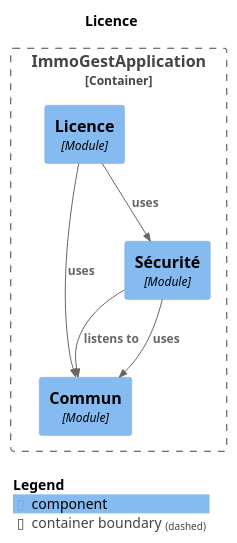
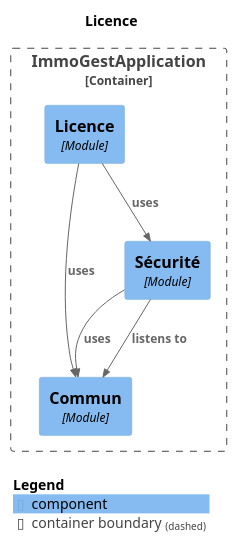
One commit to fixedevelloper/csimmo changed the diagram in docs/modules/module-licence.puml. Above: the diagram before and after it, drawn with PlantUML. The commit also changed other lines of this file and 91 other files, not shown here.

```diff
--- a/docs/modules/module-licence.puml
+++ b/docs/modules/module-licence.puml
@@ -1,23 +1,23 @@
 @startuml
 set separator none
 title Licence
 
 top to bottom direction
 
 !include <C4/C4>
 !include <C4/C4_Context>
 !include <C4/C4_Component>
 
 Container_Boundary("ImmoGestApplication.ImmoGestApplication_boundary", "ImmoGestApplication", $tags="") {
   Component(ImmoGestApplication.ImmoGestApplication.Commun, "Commun", $techn="Module", $descr="", $tags="", $link="")
   Component(ImmoGestApplication.ImmoGestApplication.Sécurité, "Sécurité", $techn="Module", $descr="", $tags="", $link="")
   Component(ImmoGestApplication.ImmoGestApplication.Licence, "Licence", $techn="Module", $descr="", $tags="", $link="")
 }
 
+Rel(ImmoGestApplication.ImmoGestApplication.Sécurité, ImmoGestApplication.ImmoGestApplication.Commun, "uses", $techn="", $tags="", $link="")
 Rel(ImmoGestApplication.ImmoGestApplication.Licence, ImmoGestApplication.ImmoGestApplication.Sécurité, "uses", $techn="", $tags="", $link="")
 Rel(ImmoGestApplication.ImmoGestApplication.Licence, ImmoGestApplication.ImmoGestApplication.Commun, "uses", $techn="", $tags="", $link="")
 Rel(ImmoGestApplication.ImmoGestApplication.Sécurité, ImmoGestApplication.ImmoGestApplication.Commun, "listens to", $techn="", $tags="", $link="")
-Rel(ImmoGestApplication.ImmoGestApplication.Sécurité, ImmoGestApplication.ImmoGestApplication.Commun, "uses", $techn="", $tags="", $link="")
 
 SHOW_LEGEND(true)
 @enduml
```
